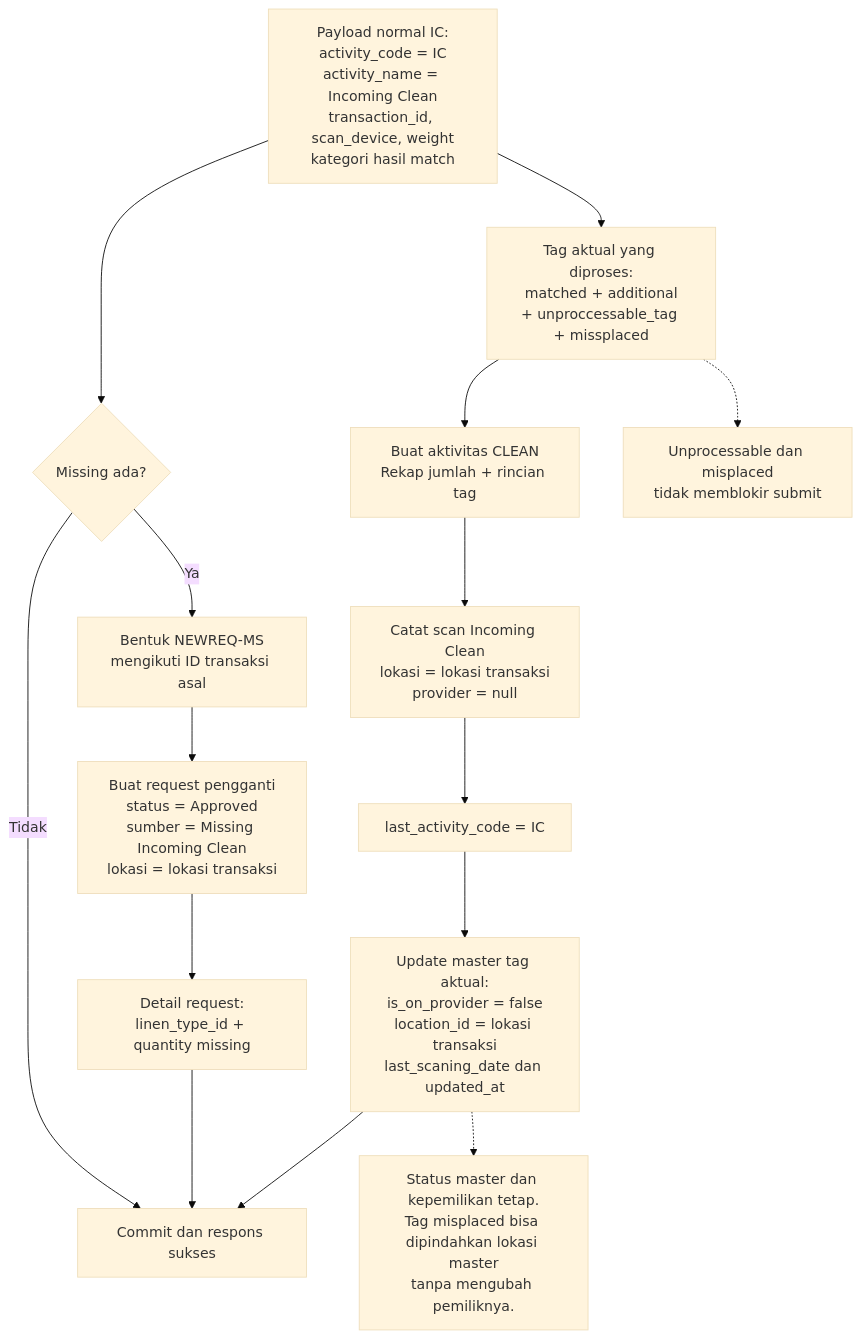
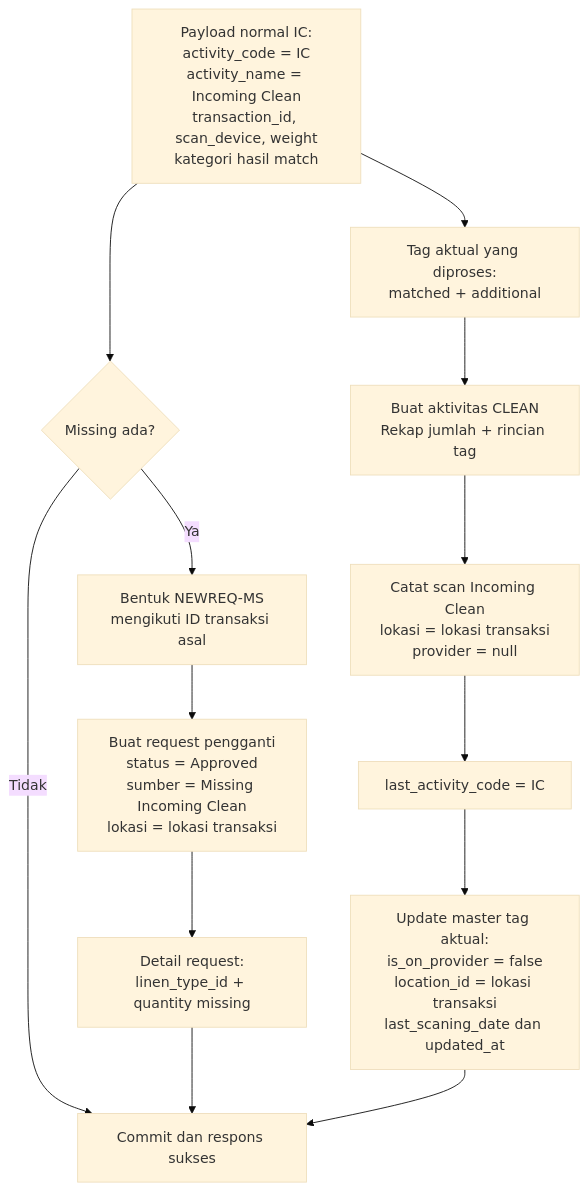
One commit to bagaskrmn/bac-flow-laundry changed the third of 3 diagrams in laundry-activities/incoming-clean.md. Above: the diagram before and after it, drawn with Mermaid (base theme). The commit also changed other lines of this file and 3 other files, not shown here.

````diff
--- a/laundry-activities/incoming-clean.md
+++ b/laundry-activities/incoming-clean.md
@@ -30,22 +29,19 @@
 ```mermaid
 flowchart TD
     N_IN["Payload normal IC:<br/>activity_code = IC<br/>activity_name = Incoming Clean<br/>transaction_id, scan_device, weight<br/>kategori hasil match"]
 
-    N_IN --> N_ACTUAL["Tag aktual yang diproses:<br/>matched + additional<br/>+ unproccessable_tag + missplaced"]
+    N_IN --> N_ACTUAL["Tag aktual yang diproses:<br/>matched + additional"]
     N_ACTUAL --> N_ACT["Buat aktivitas CLEAN<br/>Rekap jumlah + rincian tag"]
     N_ACT --> N_SCAN["Catat scan Incoming Clean<br/>lokasi = lokasi transaksi<br/>provider = null"]
     N_SCAN --> N_TRX["last_activity_code = IC"]
     N_TRX --> N_MASTER["Update master tag aktual:<br/>is_on_provider = false<br/>location_id = lokasi transaksi<br/>last_scaning_date dan updated_at"]
 
     N_IN --> N_HASMISS{"Missing ada?"}
     N_HASMISS -->|Ya| N_ID["Bentuk NEWREQ-MS<br/>mengikuti ID transaksi asal"]
     N_ID --> N_REQ["Buat request pengganti<br/>status = Approved<br/>sumber = Missing Incoming Clean<br/>lokasi = lokasi transaksi"]
     N_REQ --> N_DETAIL["Detail request:<br/>linen_type_id + quantity missing"]
     N_HASMISS -->|Tidak| N_DONE["Commit dan respons sukses"]
     N_DETAIL --> N_DONE
     N_MASTER --> N_DONE
-
-    N_MASTER -.-> N_NOTE["Status master dan kepemilikan tetap.<br/>Tag misplaced bisa dipindahkan lokasi master<br/>tanpa mengubah pemiliknya."]
-    N_ACTUAL -.-> N_ACCEPT["Unprocessable dan misplaced<br/>tidak memblokir submit"]
     
 ```
````
